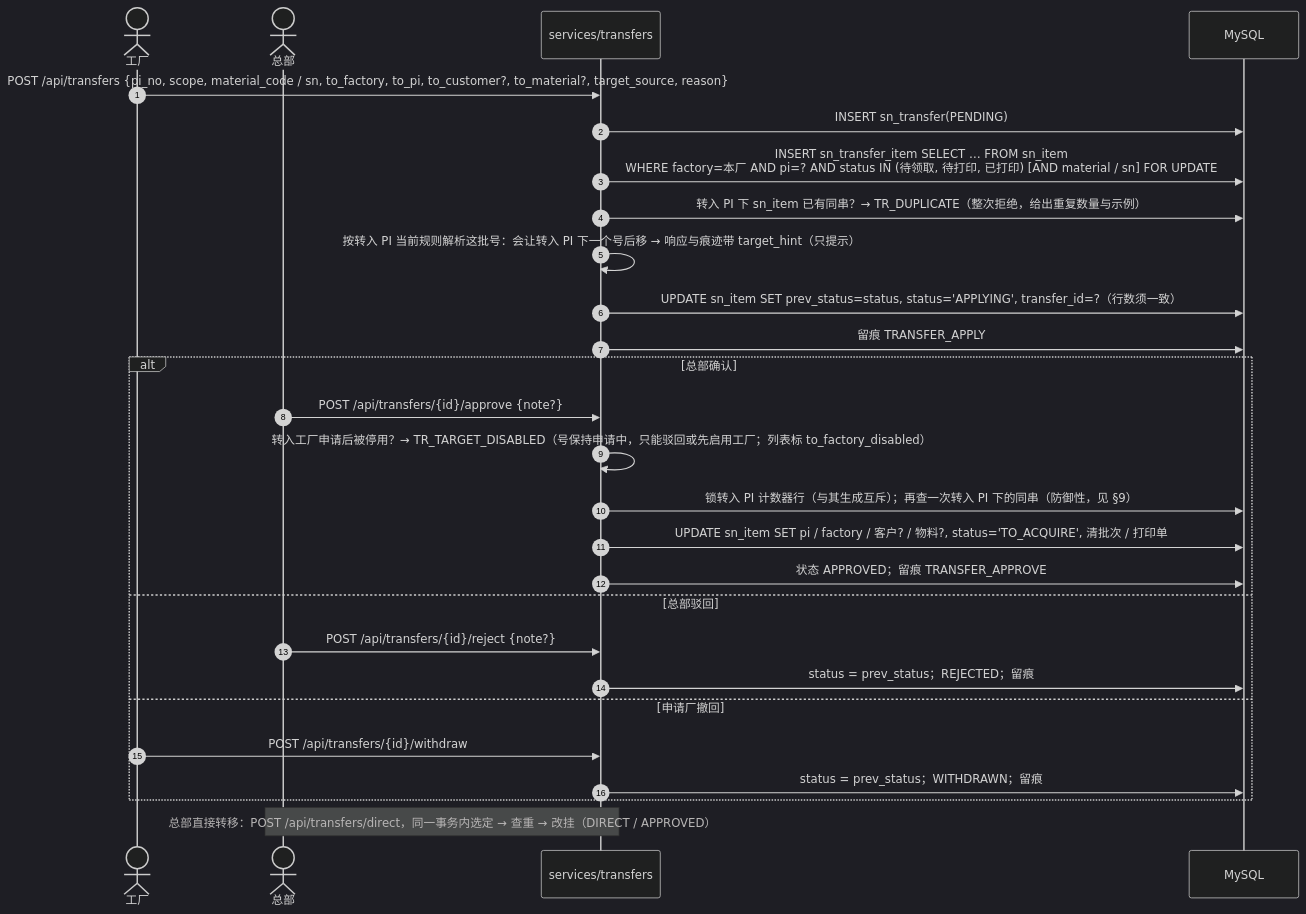
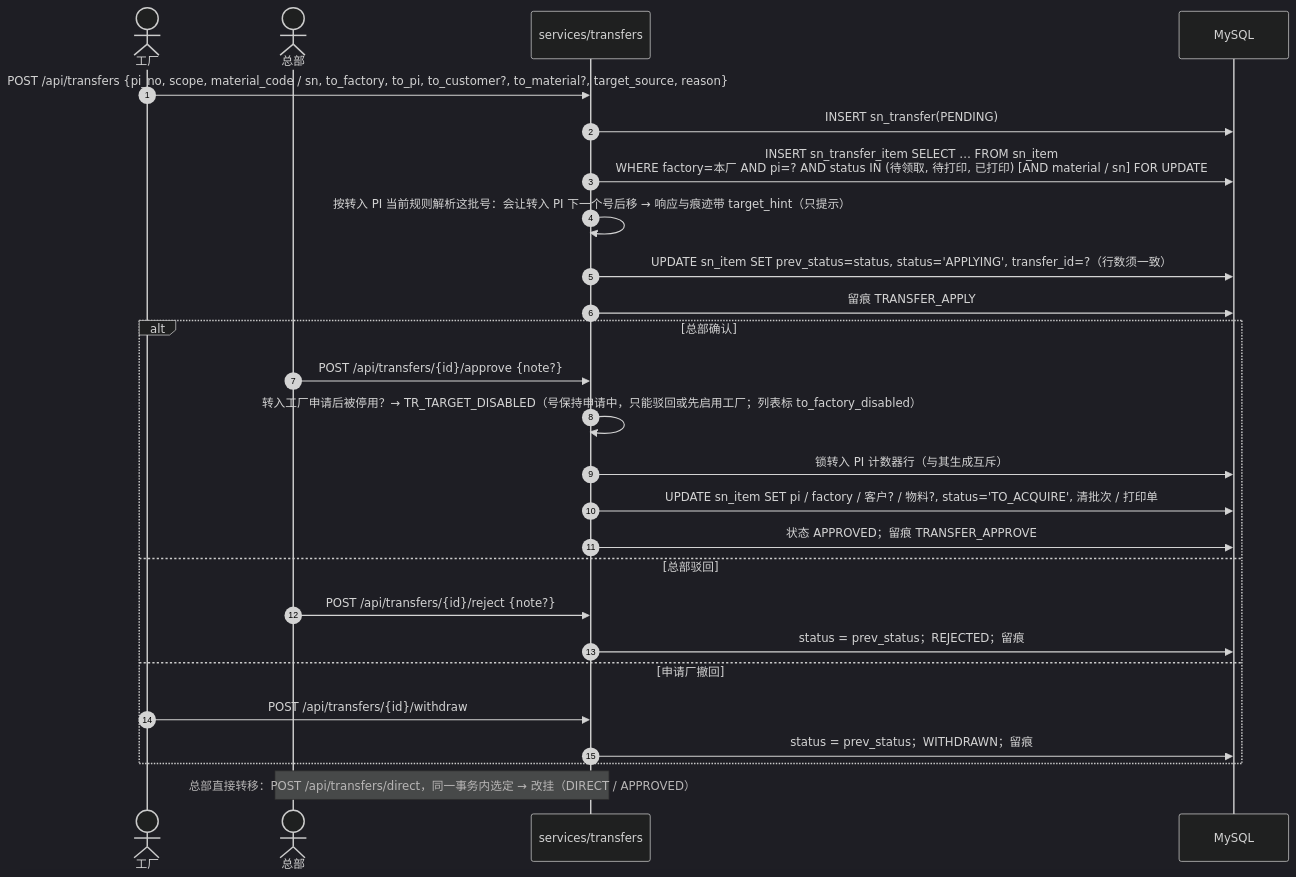
Diagram 12 of 13 in docs/技术文档.md (Createsnow/sn-center), drawn with Mermaid (dark theme) before and after one commit. The commit also changed other lines of this file and 29 other files, not shown here.

````diff
--- a/docs/技术文档.md
+++ b/docs/技术文档.md
@@ -417,29 +417,28 @@
 ```mermaid
 sequenceDiagram
     autonumber
     actor F as 工厂
     actor H as 总部
     participant T as services/transfers
     participant DB as MySQL
     F->>T: POST /api/transfers {pi_no, scope, material_code / sn, to_factory, to_pi, to_customer?, to_material?, target_source, reason}
     T->>DB: INSERT sn_transfer(PENDING)
     T->>DB: INSERT sn_transfer_item SELECT … FROM sn_item<br/>WHERE factory=本厂 AND pi=? AND status IN (待领取, 待打印, 已打印) [AND material / sn] FOR UPDATE
-    T->>DB: 转入 PI 下 sn_item 已有同串？→ TR_DUPLICATE（整次拒绝，给出重复数量与示例）
     T->>T: 按转入 PI 当前规则解析这批号：会让转入 PI 下一个号后移 → 响应与痕迹带 target_hint（只提示）
     T->>DB: UPDATE sn_item SET prev_status=status, status='APPLYING', transfer_id=?（行数须一致）
     T->>DB: 留痕 TRANSFER_APPLY
     alt 总部确认
         H->>T: POST /api/transfers/{id}/approve {note?}
         T->>T: 转入工厂申请后被停用？→ TR_TARGET_DISABLED（号保持申请中，只能驳回或先启用工厂；列表标 to_factory_disabled）
-        T->>DB: 锁转入 PI 计数器行（与其生成互斥）；再查一次转入 PI 下的同串（防御性，见 §9）
+        T->>DB: 锁转入 PI 计数器行（与其生成互斥）
         T->>DB: UPDATE sn_item SET pi / factory / 客户? / 物料?, status='TO_ACQUIRE', 清批次 / 打印单
         T->>DB: 状态 APPROVED；留痕 TRANSFER_APPROVE
     else 总部驳回
         H->>T: POST /api/transfers/{id}/reject {note?}
         T->>DB: status = prev_status；REJECTED；留痕
     else 申请厂撤回
         F->>T: POST /api/transfers/{id}/withdraw
         T->>DB: status = prev_status；WITHDRAWN；留痕
     end
-    Note over H,T: 总部直接转移：POST /api/transfers/direct，同一事务内选定 → 查重 → 改挂（DIRECT / APPROVED）
+    Note over H,T: 总部直接转移：POST /api/transfers/direct，同一事务内选定 → 改挂（DIRECT / APPROVED）
 ```
````
